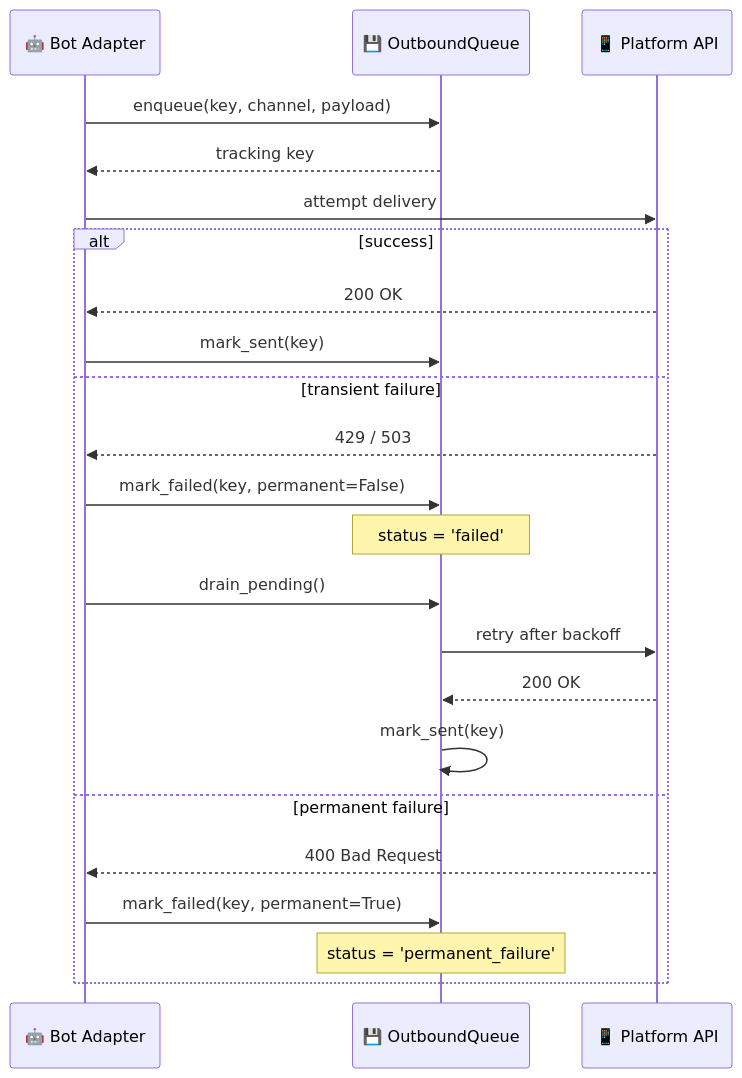
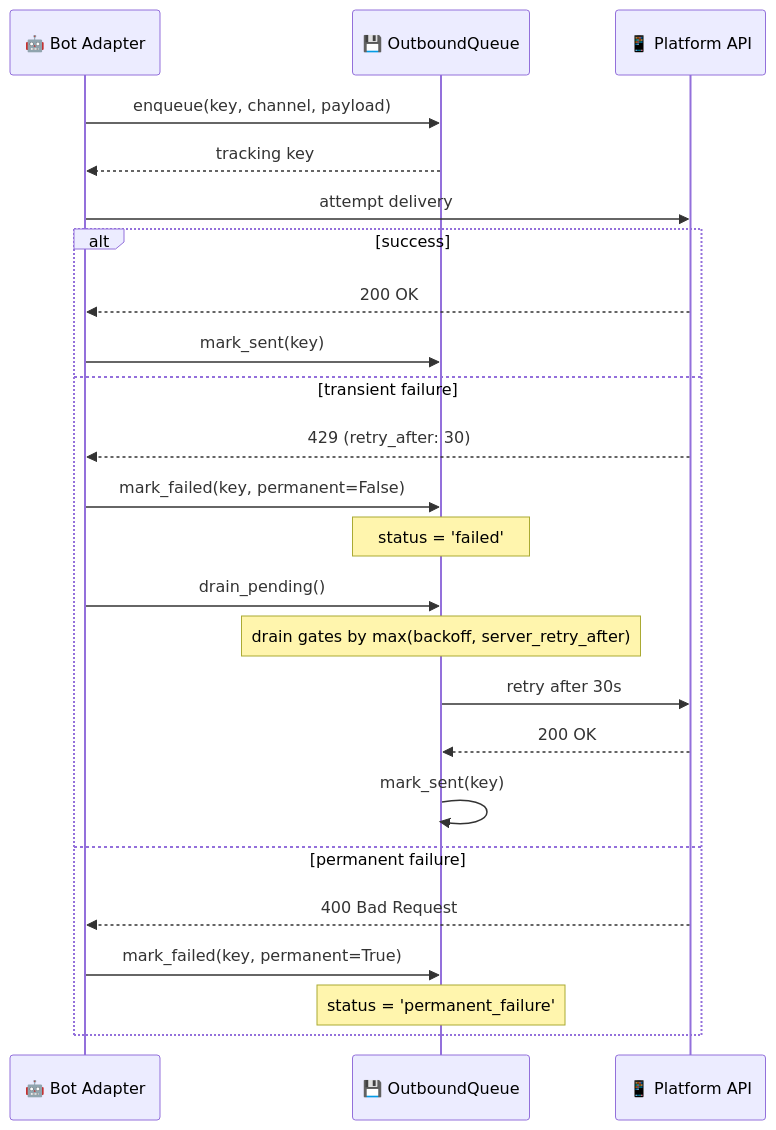
The second of 4 diagrams in docs/features/durable-delivery.mdx (MervinPraison/PraisonAIDocs), drawn with Mermaid before and after one commit. The commit also changed other lines of this file and 2 other files, not shown here.

First line of the commit message:
docs: document server_retry_after and RateLimiter.penalise (fixes #1220)

````diff
--- a/docs/features/durable-delivery.mdx
+++ b/docs/features/durable-delivery.mdx
@@ -104,26 +104,27 @@
 ```mermaid
 sequenceDiagram
     participant Bot as 🤖 Bot Adapter
     participant Queue as 💾 OutboundQueue
     participant Platform as 📱 Platform API
 
     Bot->>Queue: enqueue(key, channel, payload)
     Queue-->>Bot: tracking key
     Bot->>Platform: attempt delivery
     alt success
         Platform-->>Bot: 200 OK
         Bot->>Queue: mark_sent(key)
     else transient failure
-        Platform-->>Bot: 429 / 503
+        Platform-->>Bot: 429 (retry_after: 30)
         Bot->>Queue: mark_failed(key, permanent=False)
         Note over Queue: status = 'failed'
         Bot->>Queue: drain_pending()
-        Queue->>Platform: retry after backoff
+        Note over Queue: drain gates by max(backoff, server_retry_after)
+        Queue->>Platform: retry after 30s
         Platform-->>Queue: 200 OK
         Queue->>Queue: mark_sent(key)
     else permanent failure
         Platform-->>Bot: 400 Bad Request
         Bot->>Queue: mark_failed(key, permanent=True)
         Note over Queue: status = 'permanent_failure'
     end
 ```
````
